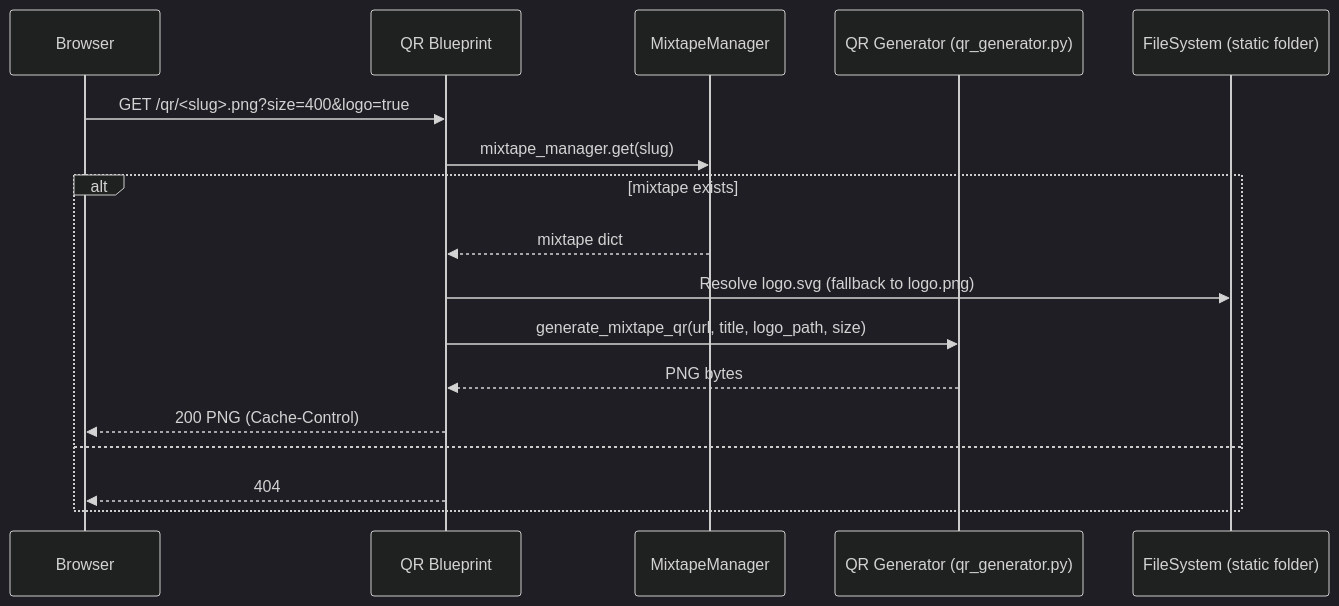
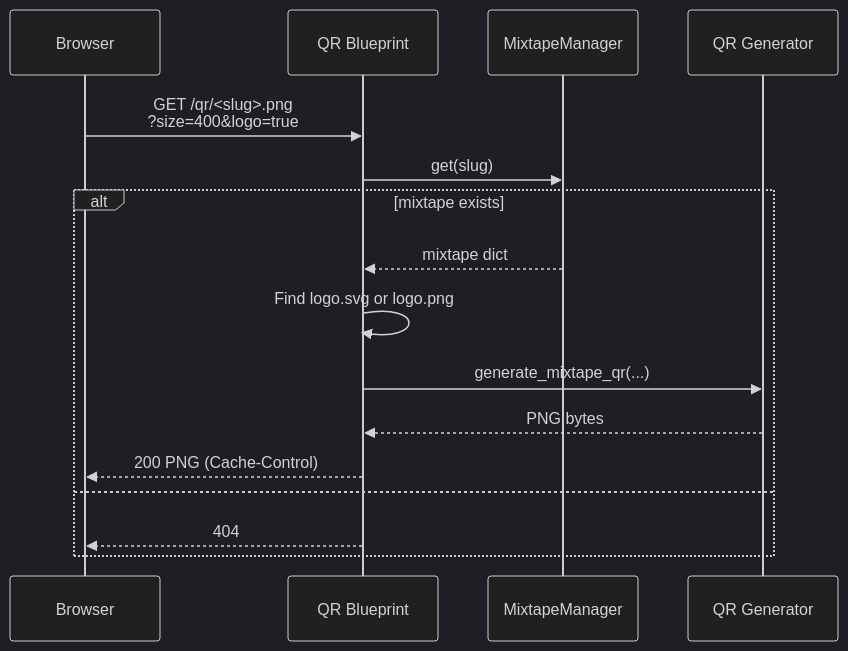
The third of 3 diagrams in docs/development/web-application/routes/qr-codes.md (mark-me/mixtape-society), drawn with Mermaid (dark theme) before and after one commit. The commit also changed other lines of this file and 19 other files, not shown here.

First line of the commit message:
Simplify unreadable diagrams and correct small errors in the docs

````diff
--- a/docs/development/web-application/routes/qr-codes.md
+++ b/docs/development/web-application/routes/qr-codes.md
@@ -116,20 +115,19 @@
 ```mermaid
 sequenceDiagram
     participant UI as Browser
     participant Flask as QR Blueprint
     participant MM as MixtapeManager
-    participant QRGen as QR Generator (qr_generator.py)
-    participant FS as FileSystem (static folder)
+    participant QRGen as QR Generator
 
-    UI->>Flask: GET /qr/<slug>.png?size=400&logo=true
-    Flask->>MM: mixtape_manager.get(slug)
+    UI->>Flask: GET /qr/#lt;slug#gt;.png<br/>?size=400&logo=true
+    Flask->>MM: get(slug)
     alt mixtape exists
         MM-->>Flask: mixtape dict
-        Flask->>FS: Resolve logo.svg (fallback to logo.png)
-        Flask->>QRGen: generate_mixtape_qr(url, title, logo_path, size)
+        Flask->>Flask: Find logo.svg or logo.png
+        Flask->>QRGen: generate_mixtape_qr(...)
         QRGen-->>Flask: PNG bytes
-        Flask-->>UI: 200 PNG (Cache‑Control)
+        Flask-->>UI: 200 PNG (Cache-Control)
     else
         Flask-->>UI: 404
     end
 ```
````
